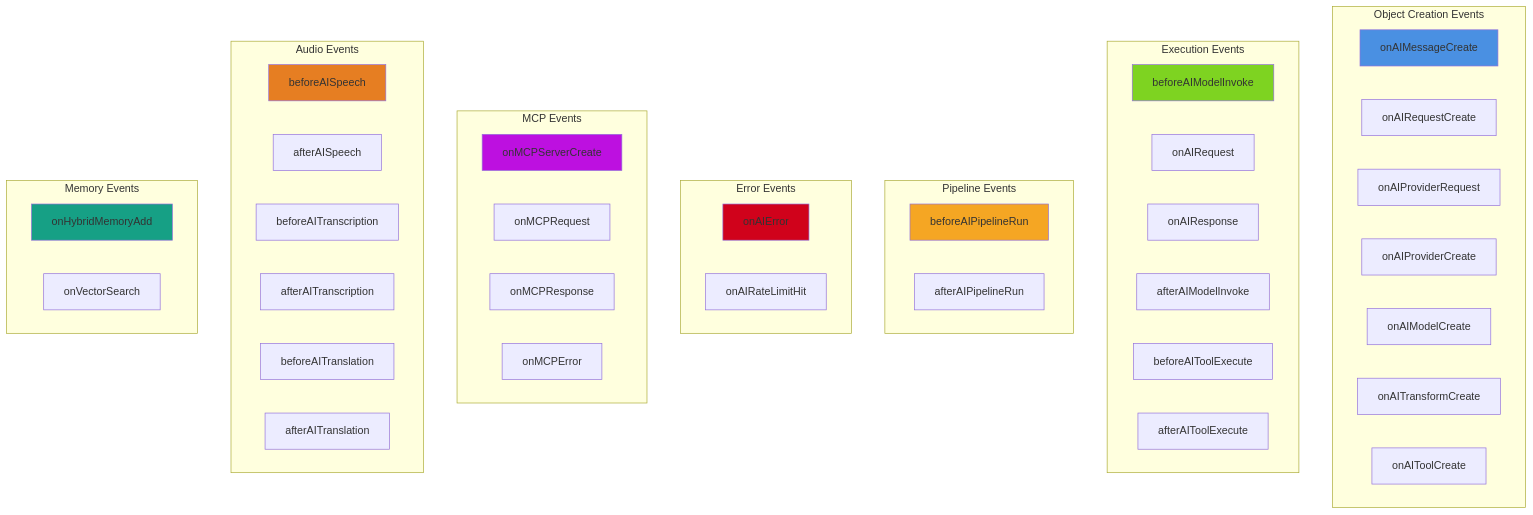
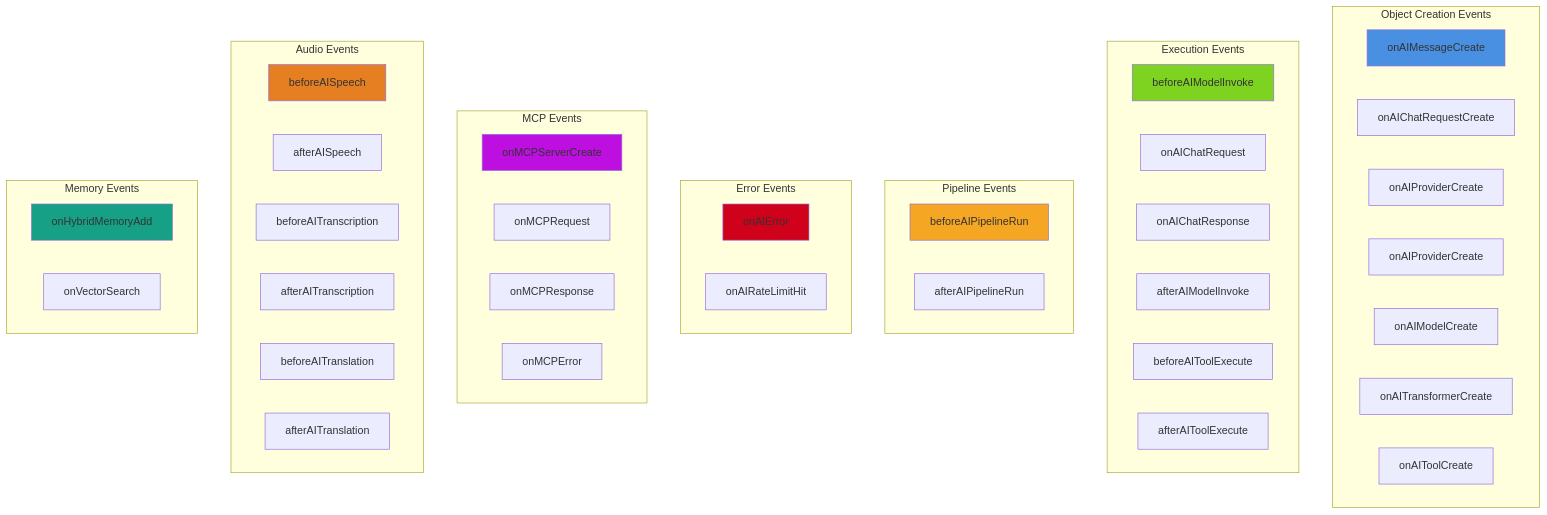
The second of 3 diagrams in advanced/events.md (ortus-boxlang/bx-ai-docs), drawn with Mermaid before and after one commit. The commit also changed other lines of this file, not shown here.

````diff
--- a/advanced/events.md
+++ b/advanced/events.md
@@ -128,60 +127,60 @@
 ```mermaid
 graph TB
     subgraph "Object Creation Events"
         E1[onAIMessageCreate]
-        E2[onAIRequestCreate]
-        E3[onAIProviderRequest]
+        E2[onAIChatRequestCreate]
+        E3[onAIProviderCreate]
         E4[onAIProviderCreate]
         E5[onAIModelCreate]
-        E6[onAITransformCreate]
+        E6[onAITransformerCreate]
         E7[onAIToolCreate]
     end
 
     subgraph "Execution Events"
         E8[beforeAIModelInvoke]
-        E9[onAIRequest]
-        E10[onAIResponse]
+        E9[onAIChatRequest]
+        E10[onAIChatResponse]
         E11[afterAIModelInvoke]
         E12[beforeAIToolExecute]
         E13[afterAIToolExecute]
     end
 
     subgraph "Pipeline Events"
         E14[beforeAIPipelineRun]
         E15[afterAIPipelineRun]
     end
 
     subgraph "Error Events"
         E16[onAIError]
         E17[onAIRateLimitHit]
     end
 
     subgraph "MCP Events"
         E18[onMCPServerCreate]
         E19[onMCPRequest]
         E20[onMCPResponse]
         E21[onMCPError]
     end
 
     subgraph "Audio Events"
         E22[beforeAISpeech]
         E23[afterAISpeech]
         E24[beforeAITranscription]
         E25[afterAITranscription]
         E26[beforeAITranslation]
         E27[afterAITranslation]
     end
 
     subgraph "Memory Events"
         E28[onHybridMemoryAdd]
         E29[onVectorSearch]
     end
 
     style E1 fill:#4A90E2
     style E8 fill:#7ED321
     style E14 fill:#F5A623
     style E16 fill:#D0021B
     style E18 fill:#BD10E0
     style E22 fill:#E67E22
     style E28 fill:#16A085
 ```
````
